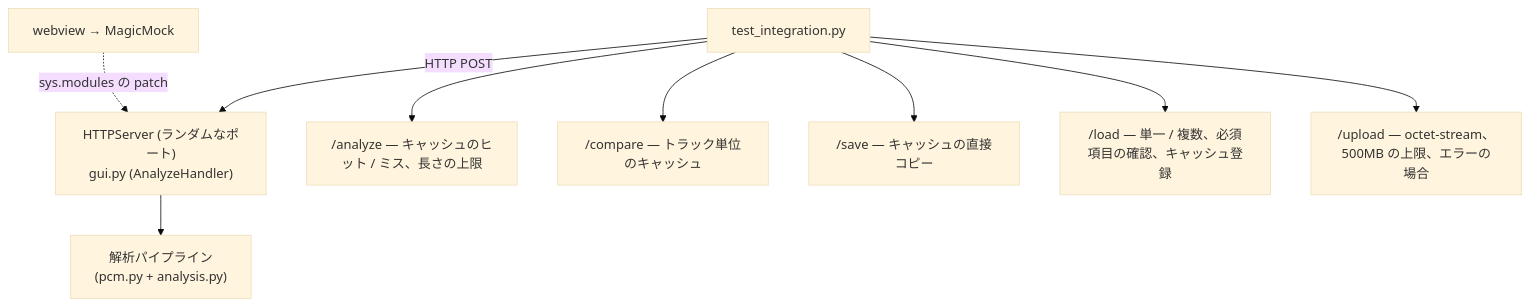
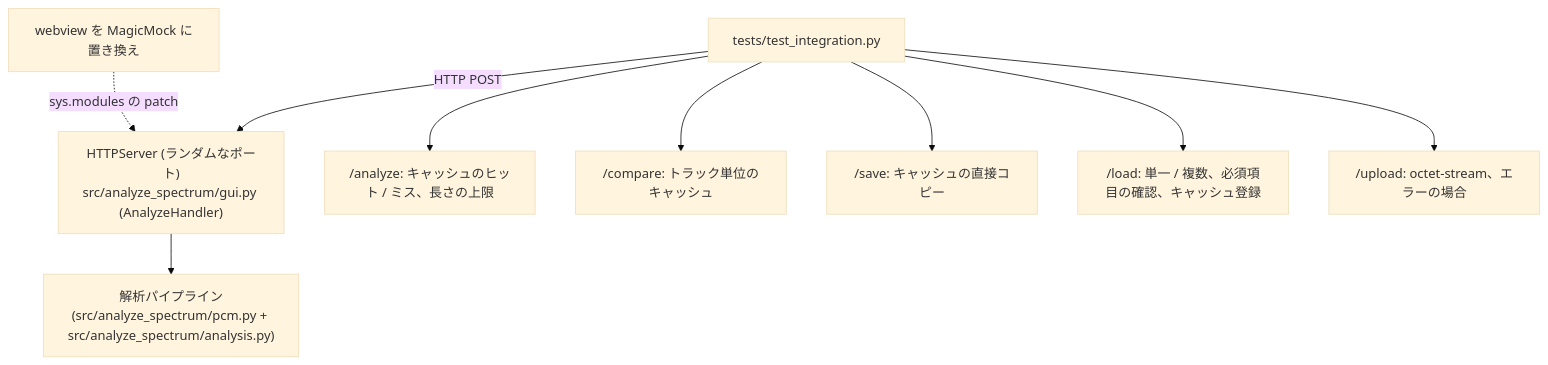
Before and after one commit to semnil/analyze-spectrum: diagram 18 of 18 in docs/architecture.ja.md, drawn with Mermaid (base theme). The commit also changed other lines of this file and 7 other files, not shown here.

````diff
--- a/docs/architecture.ja.md
+++ b/docs/architecture.ja.md
@@ -598,17 +659,17 @@
 ```mermaid
 flowchart TD
-    IT["test_integration.py"]
-    SRV["HTTPServer (ランダムなポート)<br>gui.py (AnalyzeHandler)"]
-    PIPE["解析パイプライン<br>(pcm.py + analysis.py)"]
-    MOCK["webview → MagicMock"]
+    IT["tests/test_integration.py"]
+    SRV["HTTPServer (ランダムなポート)<br>src/analyze_spectrum/gui.py (AnalyzeHandler)"]
+    PIPE["解析パイプライン<br>(src/analyze_spectrum/pcm.py + src/analyze_spectrum/analysis.py)"]
+    MOCK["webview を MagicMock に置き換え"]
 
     IT -->|"HTTP POST"| SRV
     SRV --> PIPE
     MOCK -.->|"sys.modules の patch"| SRV
 
-    IT --> A["/analyze — キャッシュのヒット / ミス、長さの上限"]
-    IT --> B["/compare — トラック単位のキャッシュ"]
-    IT --> C["/save — キャッシュの直接コピー"]
-    IT --> D["/load — 単一 / 複数、必須項目の確認、キャッシュ登録"]
-    IT --> E["/upload — octet-stream、500MB の上限、エラーの場合"]
+    IT --> A["/analyze: キャッシュのヒット / ミス、長さの上限"]
+    IT --> B["/compare: トラック単位のキャッシュ"]
+    IT --> C["/save: キャッシュの直接コピー"]
+    IT --> D["/load: 単一 / 複数、必須項目の確認、キャッシュ登録"]
+    IT --> E["/upload: octet-stream、エラーの場合"]
 ```
````
